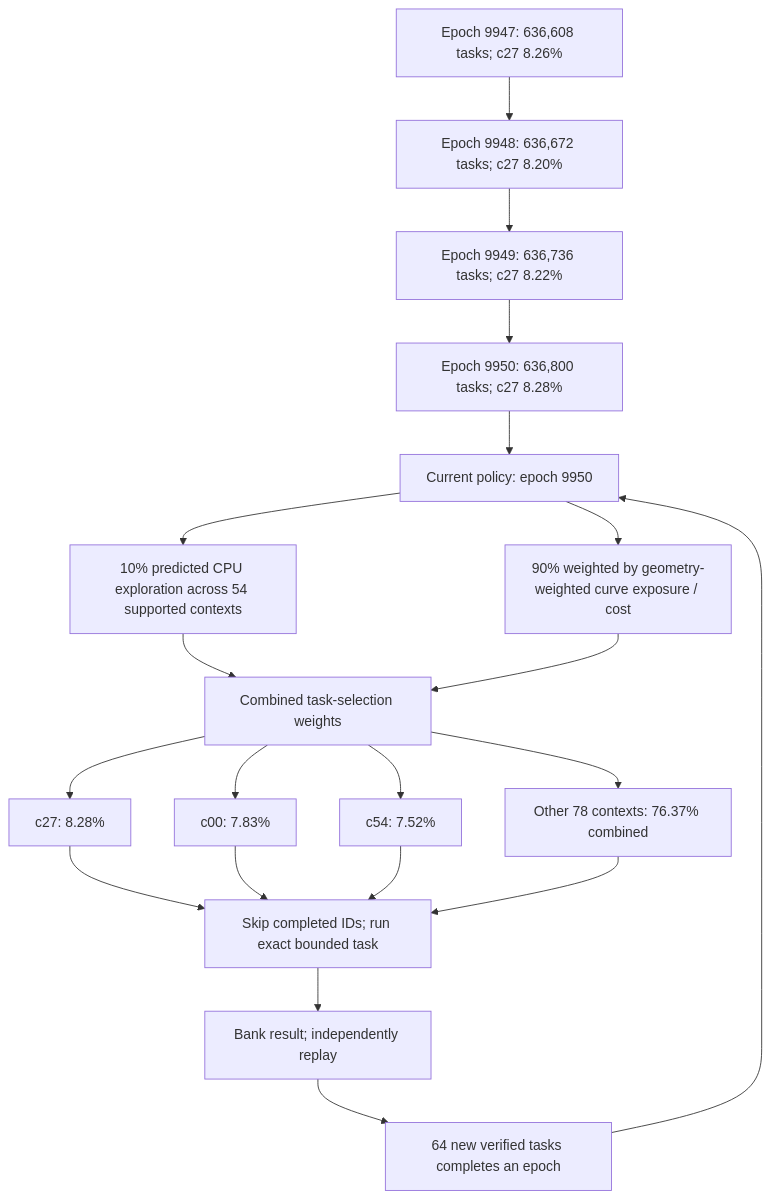
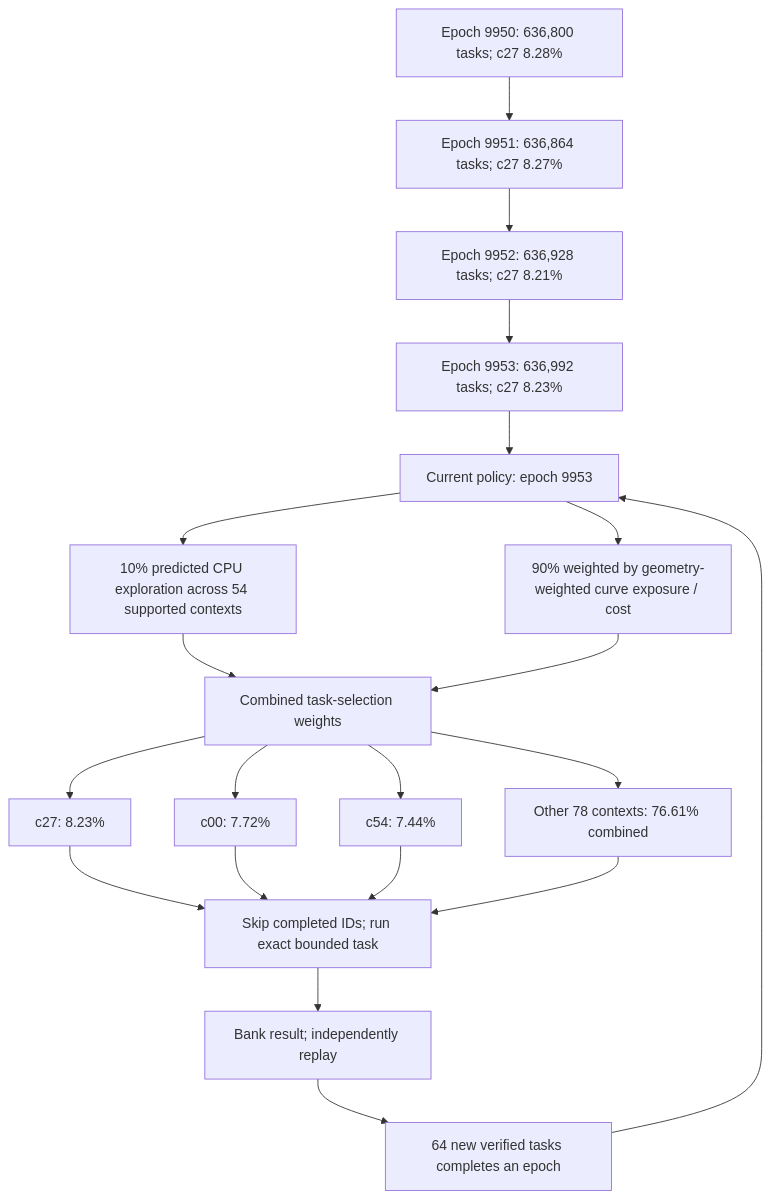
The first of 4 diagrams in README.md (Kuberwastaken/math-gambling), drawn with Mermaid before and after one commit. The commit also changed other lines of this file and 390 other files, not shown here.

````diff
--- a/README.md
+++ b/README.md
@@ -60,27 +60,27 @@
 ```mermaid
 flowchart TD
-    H0["Epoch 9947: 636,608 tasks; c27 8.26%"]
-    H1["Epoch 9948: 636,672 tasks; c27 8.20%"]
+    H0["Epoch 9950: 636,800 tasks; c27 8.28%"]
+    H1["Epoch 9951: 636,864 tasks; c27 8.27%"]
     H0 --> H1
-    H2["Epoch 9949: 636,736 tasks; c27 8.22%"]
+    H2["Epoch 9952: 636,928 tasks; c27 8.21%"]
     H1 --> H2
-    H3["Epoch 9950: 636,800 tasks; c27 8.28%"]
+    H3["Epoch 9953: 636,992 tasks; c27 8.23%"]
     H2 --> H3
-    Policy["Current policy: epoch 9950"]
+    Policy["Current policy: epoch 9953"]
     H3 --> Policy
     Policy --> Explore["10% predicted CPU exploration across 54 supported contexts"]
     Policy --> Cost["90% weighted by geometry-weighted curve exposure / cost"]
     Explore --> Mix["Combined task-selection weights"]
     Cost --> Mix
-    Mix --> C0["c27: 8.28%"]
-    Mix --> C1["c00: 7.83%"]
-    Mix --> C2["c54: 7.52%"]
-    Mix --> Rest["Other 78 contexts: 76.37% combined"]
+    Mix --> C0["c27: 8.23%"]
+    Mix --> C1["c00: 7.72%"]
+    Mix --> C2["c54: 7.44%"]
+    Mix --> Rest["Other 78 contexts: 76.61% combined"]
     C0 --> Check["Skip completed IDs; run exact bounded task"]
     C1 --> Check
     C2 --> Check
     Rest --> Check
     Check --> Replay["Bank result; independently replay"]
     Replay --> Gate["64 new verified tasks completes an epoch"]
     Gate --> Policy
 ```
````
